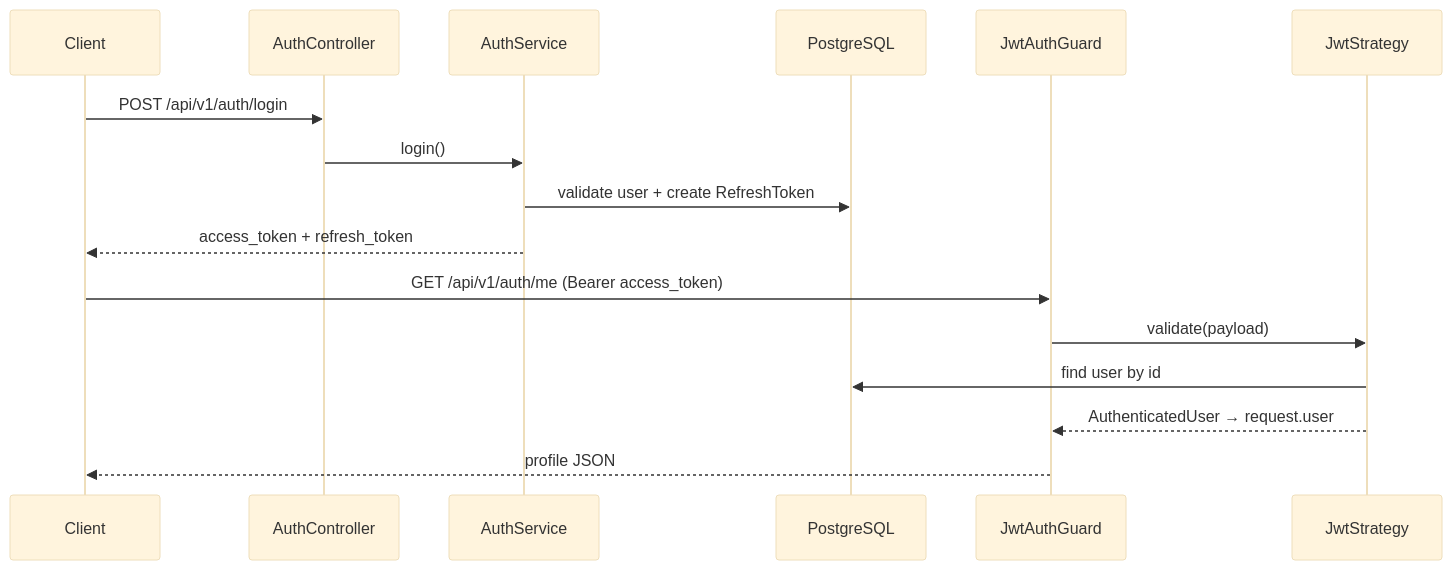
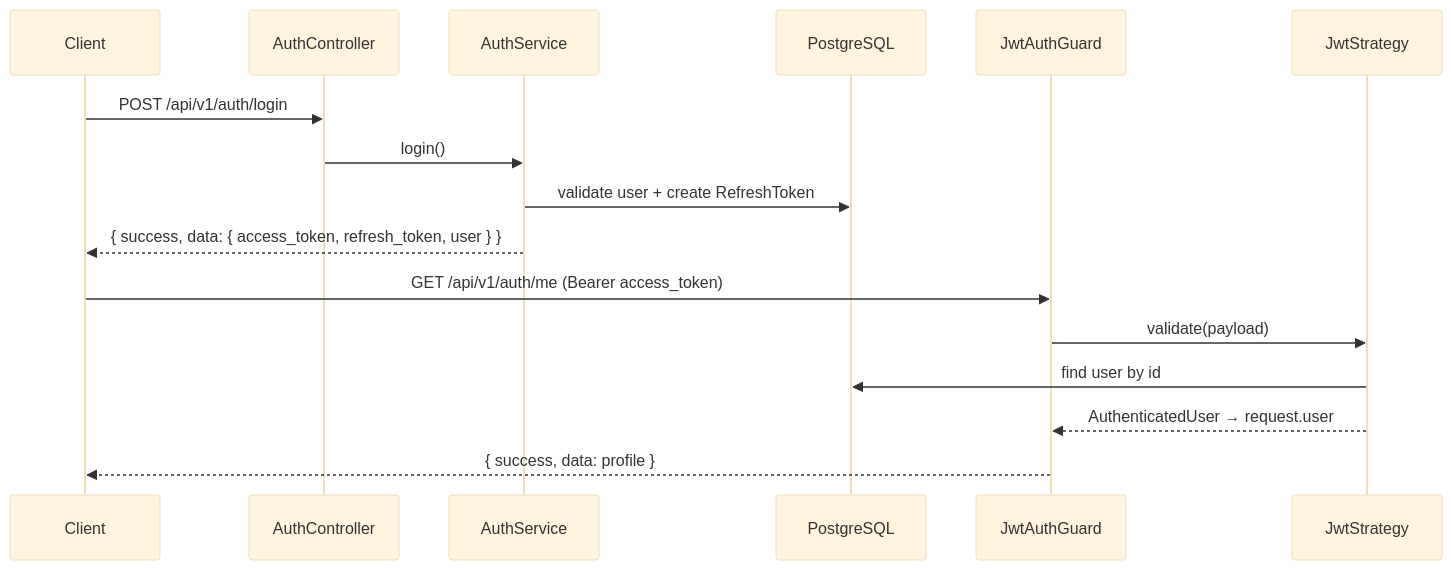
The diagram in README.md (TETSUYA-Weeraluk/nestjs-learning-2026), drawn with Mermaid (base theme) before and after one commit. The commit also changed other lines of this file and 6 other files, not shown here.

````diff
--- a/README.md
+++ b/README.md
@@ -204,20 +210,20 @@
 ```mermaid
 sequenceDiagram
   participant C as Client
   participant AC as AuthController
   participant AS as AuthService
   participant DB as PostgreSQL
   participant G as JwtAuthGuard
   participant S as JwtStrategy
 
   C->>AC: POST /api/v1/auth/login
   AC->>AS: login()
   AS->>DB: validate user + create RefreshToken
-  AS-->>C: access_token + refresh_token
+  AS-->>C: { success, data: { access_token, refresh_token, user } }
 
   C->>G: GET /api/v1/auth/me (Bearer access_token)
   G->>S: validate(payload)
   S->>DB: find user by id
   S-->>G: AuthenticatedUser → request.user
-  G-->>C: profile JSON
+  G-->>C: { success, data: profile }
 ```
````
